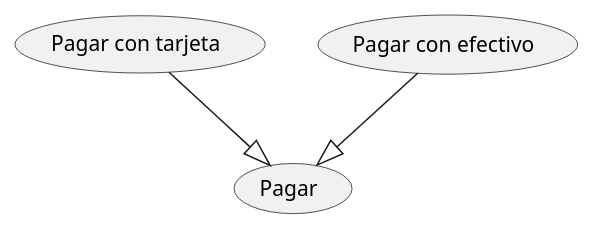
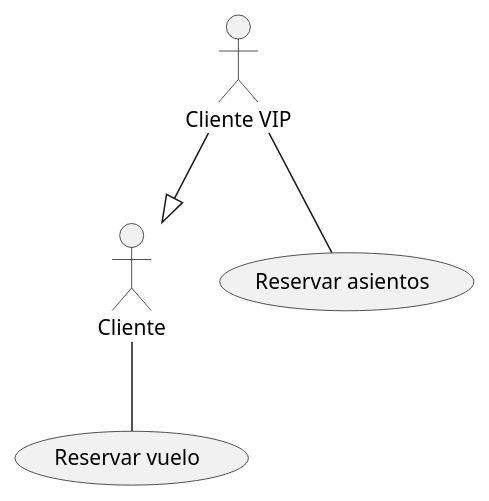
The diagram in src/diagrama de casos.puml (preguntitas/PlantUml), drawn with PlantUML before and after one commit.

Commit message:
Diagrama generalización con actor

```diff
--- a/src/diagrama de casos.puml
+++ b/src/diagrama de casos.puml
@@ -1,10 +1,12 @@
 @startuml
 ' DEFINICIONES
-(Pagar) as pagar
-(Pagar con tarjeta) as tarjeta
-(Pagar con efectivo) as efectivo
+actor Cliente as cliente
+actor :Cliente VIP: as vip
+(Reservar vuelo) as vuelo
+(Reservar asientos) as asiento
 
 ' RELACIONES
-tarjeta --|> pagar
-efectivo --|> pagar
+cliente -- vuelo
+vip -- asiento
+vip --|> cliente
 @enduml
```
